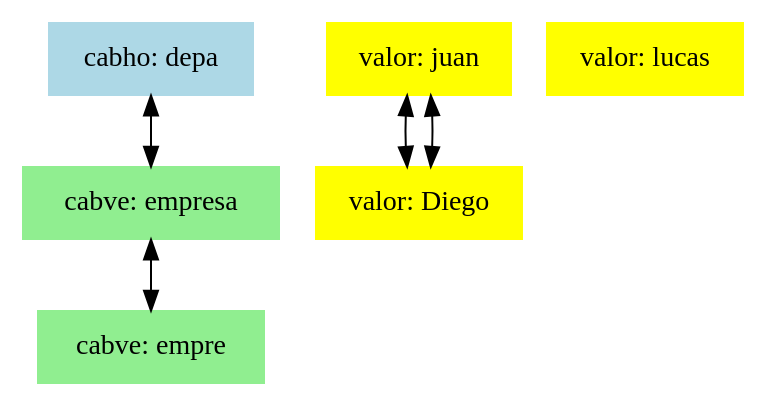
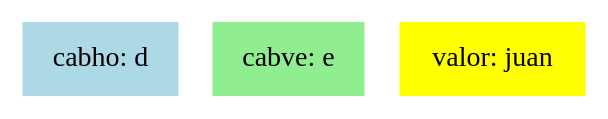
The diagram in Proyecto1/cmake-build-debug/Reporte_matriz_disperza.dot (Brandon22023/-EDD-Proyecto1_202300813), drawn with Graphviz before and after one commit. The commit also changed 15 other files, not shown here.

```diff
--- a/Proyecto1/cmake-build-debug/Reporte_matriz_disperza.dot
+++ b/Proyecto1/cmake-build-debug/Reporte_matriz_disperza.dot
@@ -1,15 +1,7 @@
 digraph MatrizDispersa {
     rankdir=TB;
     node [shape=box];
-    "depa" [label="cabho: depa", style=filled, color=lightblue];
-    "empresa" [label="cabho: empresa", style=filled, color=lightblue];
-    "empresa" [label="cabve: empresa", style=filled, color=lightgreen];
-    "empre" [label="cabve: empre", style=filled, color=lightgreen];
-    "depa" -> "empresa" [dir=both];
-    "empresa" -> "empre" [dir=both];
+    "d" [label="cabho: d", style=filled, color=lightblue];
+    "e" [label="cabve: e", style=filled, color=lightgreen];
     "juan" [label="valor: juan", style=filled, color=yellow];
-    "juan" -> "Diego" [dir=both];
-    "juan" -> "Diego" [dir=both];
-    "Diego" [label="valor: Diego", style=filled, color=yellow];
-    "lucas" [label="valor: lucas", style=filled, color=yellow];
 }
```
